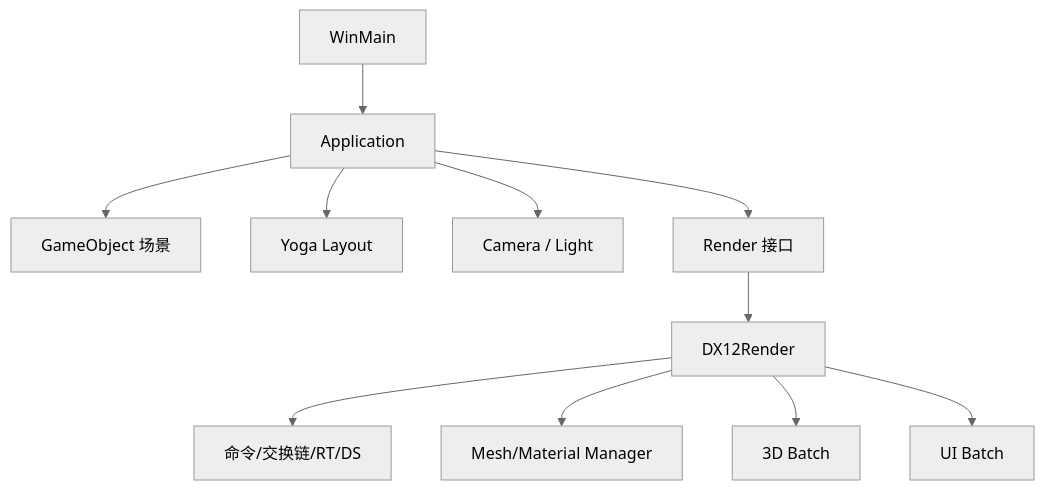
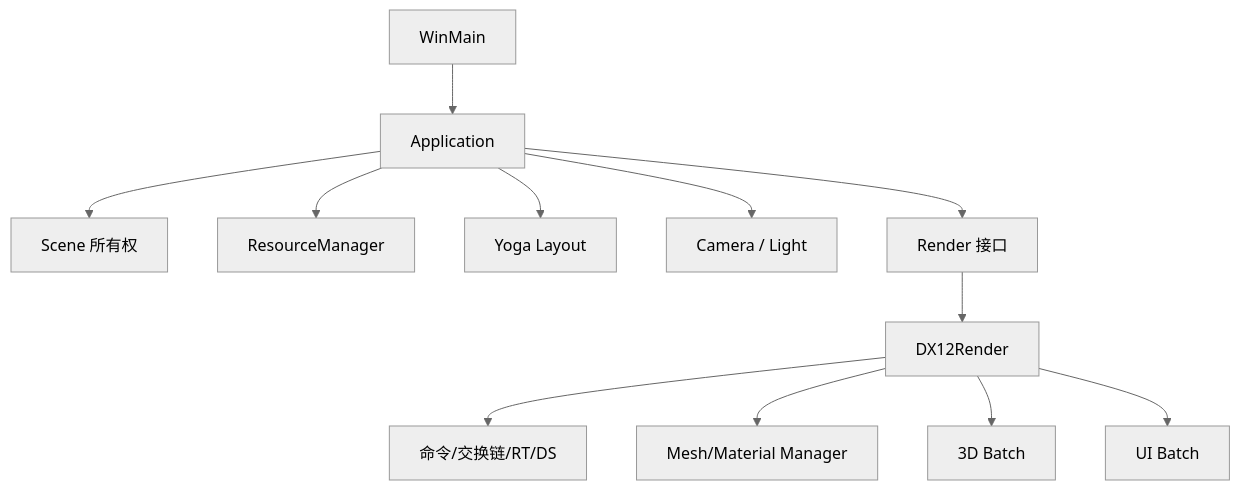
Before and after one commit to z8z6/slot: the diagram in docs/architecture/README.md, drawn with Mermaid (neutral theme). The commit also changed other lines of this file and 169 other files, not shown here.

````diff
--- a/docs/architecture/README.md
+++ b/docs/architecture/README.md
@@ -5,13 +5,14 @@
 ```mermaid
 flowchart TD
     Main[WinMain] --> App[Application]
-    App --> Scene[GameObject 场景]
+    App --> Scene[Scene 所有权]
+    App --> Assets[ResourceManager]
     App --> Layout[Yoga Layout]
     App --> Camera[Camera / Light]
     App --> Render[Render 接口]
     Render --> DX[DX12Render]
     DX --> Resources[命令/交换链/RT/DS]
     DX --> Managers[Mesh/Material Manager]
     DX --> GO[3D Batch]
     DX --> UI[UI Batch]
 ```
````
